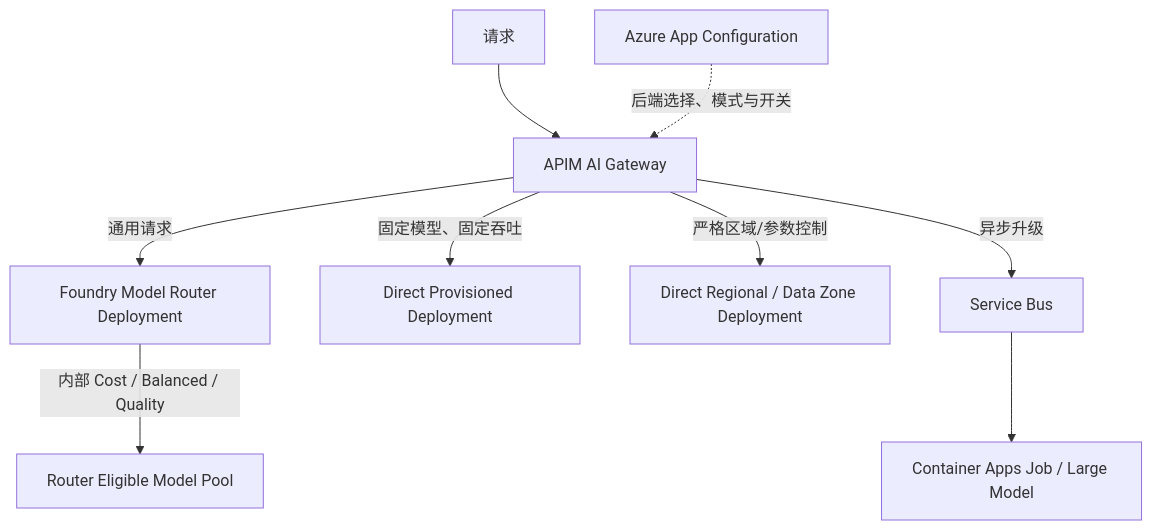
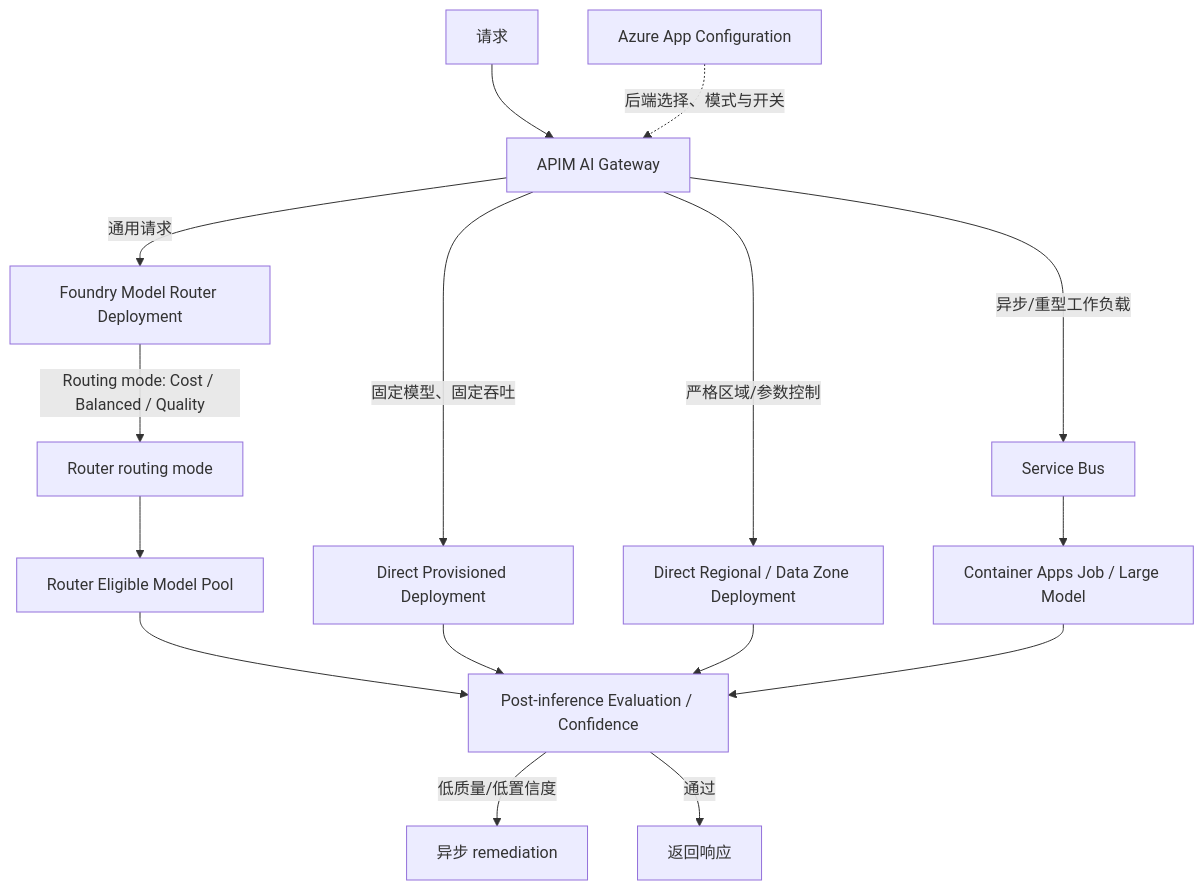
Before and after one commit to miku-wwl/certforge: the first of 3 diagrams in architecture-az/12_模型路由_容量与韧性.md, drawn with Mermaid. The commit also changed other lines of this file and 29 other files, not shown here.

Commit message:
docs: refine Azure architecture diagrams

````diff
--- a/architecture-az/12_模型路由_容量与韧性.md
+++ b/architecture-az/12_模型路由_容量与韧性.md
@@ -13,11 +13,18 @@
 ```mermaid
 flowchart TD
     U[请求] --> APIM[APIM AI Gateway]
     CFG[Azure App Configuration] -.后端选择、模式与开关.-> APIM
     APIM -->|通用请求| R[Foundry Model Router Deployment]
-    R -->|内部 Cost / Balanced / Quality| POOL[Router Eligible Model Pool]
+    R -->|Routing mode: Cost / Balanced / Quality| MODE[Router routing mode]
+    MODE --> POOL[Router Eligible Model Pool]
+    POOL --> POST[Post-inference Evaluation / Confidence]
     APIM -->|固定模型、固定吞吐| PT[Direct Provisioned Deployment]
     APIM -->|严格区域/参数控制| DZ[Direct Regional / Data Zone Deployment]
-    APIM -->|异步升级| Q[Service Bus]
+    APIM -->|异步/重型工作负载| Q[Service Bus]
     Q --> J[Container Apps Job / Large Model]
+    PT --> POST
+    DZ --> POST
+    J --> POST
+    POST -->|低质量/低置信度| REM[异步 remediation]
+    POST -->|通过| RESP[返回响应]
 ```
````
